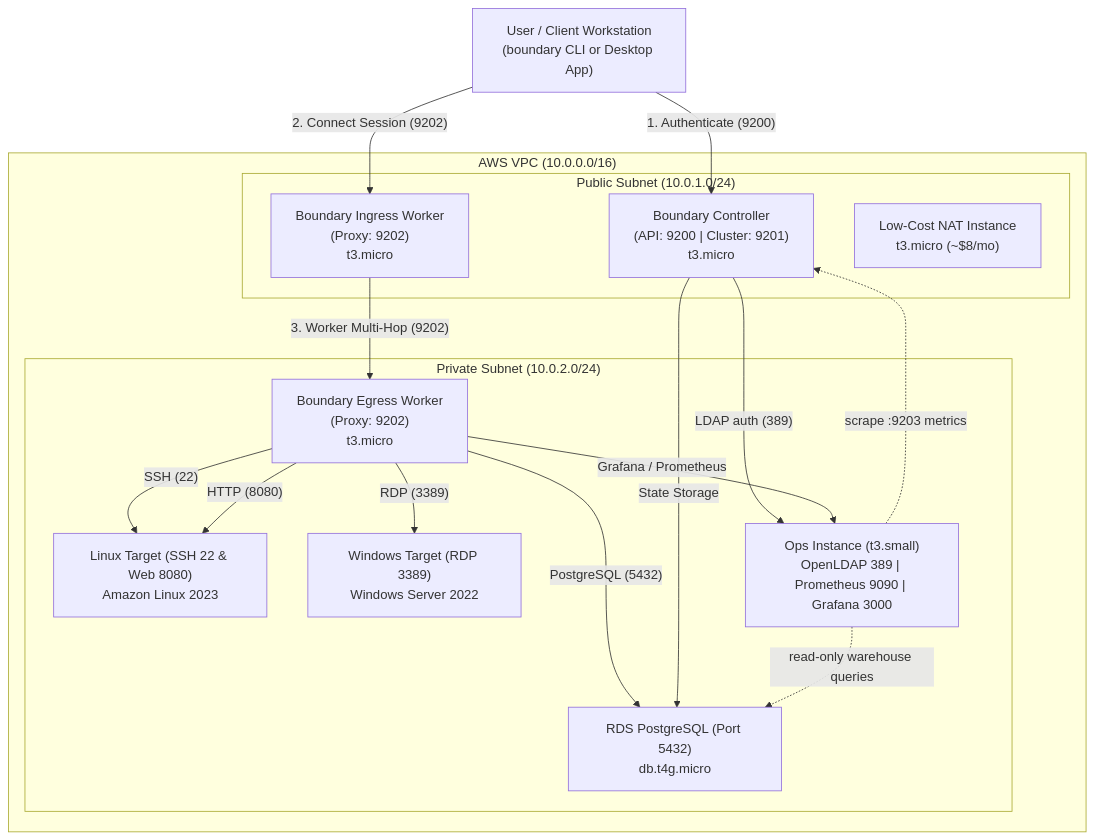
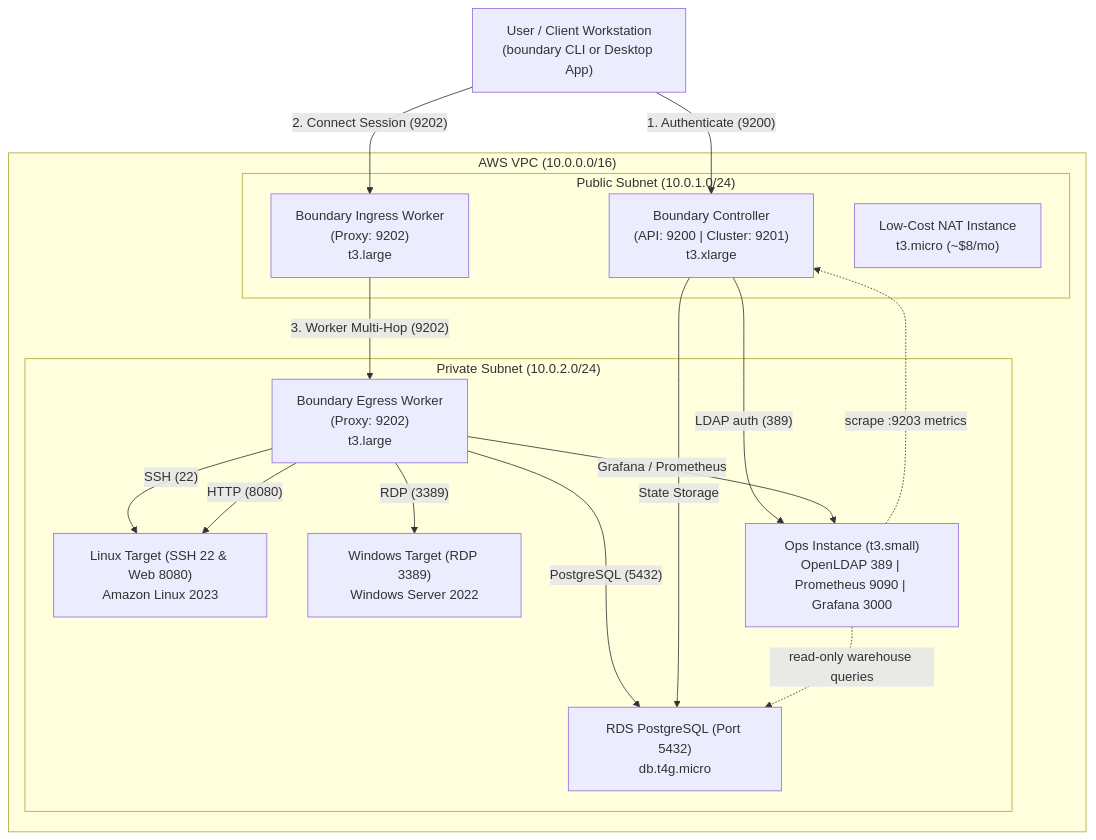
The diagram in README.md (amitkumarjha28/boundary-aws-demo), drawn with Mermaid before and after one commit. The commit also changed other lines of this file and 3 other files, not shown here.

First line of the commit message:
Resize Boundary nodes: controller 4 vCPU/16 GiB, workers 2 vCPU/8 GiB, 50 GB disks

````diff
--- a/README.md
+++ b/README.md
@@ -16,33 +16,33 @@
 ```mermaid
 graph TD
     Client["User / Client Workstation<br/>(boundary CLI or Desktop App)"]
 
     subgraph AWS_VPC ["AWS VPC (10.0.0.0/16)"]
         subgraph Public_Subnet ["Public Subnet (10.0.1.0/24)"]
-            Controller["Boundary Controller<br/>(API: 9200 | Cluster: 9201)<br/>t3.micro"]
-            IngressWorker["Boundary Ingress Worker<br/>(Proxy: 9202)<br/>t3.micro"]
+            Controller["Boundary Controller<br/>(API: 9200 | Cluster: 9201)<br/>t3.xlarge"]
+            IngressWorker["Boundary Ingress Worker<br/>(Proxy: 9202)<br/>t3.large"]
             NAT["Low-Cost NAT Instance<br/>t3.micro (~$8/mo)"]
         end
 
         subgraph Private_Subnet ["Private Subnet (10.0.2.0/24)"]
-            EgressWorker["Boundary Egress Worker<br/>(Proxy: 9202)<br/>t3.micro"]
+            EgressWorker["Boundary Egress Worker<br/>(Proxy: 9202)<br/>t3.large"]
             LinuxTarget["Linux Target (SSH 22 & Web 8080)<br/>Amazon Linux 2023"]
             WinTarget["Windows Target (RDP 3389)<br/>Windows Server 2022"]
             RDSTarget["RDS PostgreSQL (Port 5432)<br/>db.t4g.micro"]
             Ops["Ops Instance (t3.small)<br/>OpenLDAP 389 | Prometheus 9090 | Grafana 3000"]
         end
     end
 
     Client -->|"1. Authenticate (9200)"| Controller
     Client -->|"2. Connect Session (9202)"| IngressWorker
     IngressWorker -->|"3. Worker Multi-Hop (9202)"| EgressWorker
     EgressWorker -->|"SSH (22)"| LinuxTarget
     EgressWorker -->|"RDP (3389)"| WinTarget
     EgressWorker -->|"HTTP (8080)"| LinuxTarget
     EgressWorker -->|"PostgreSQL (5432)"| RDSTarget
     Controller -->|"State Storage"| RDSTarget
     Controller -->|"LDAP auth (389)"| Ops
     EgressWorker -->|"Grafana / Prometheus"| Ops
     Ops -.->|"scrape :9203 metrics"| Controller
     Ops -.->|"read-only warehouse queries"| RDSTarget
 ```
````
